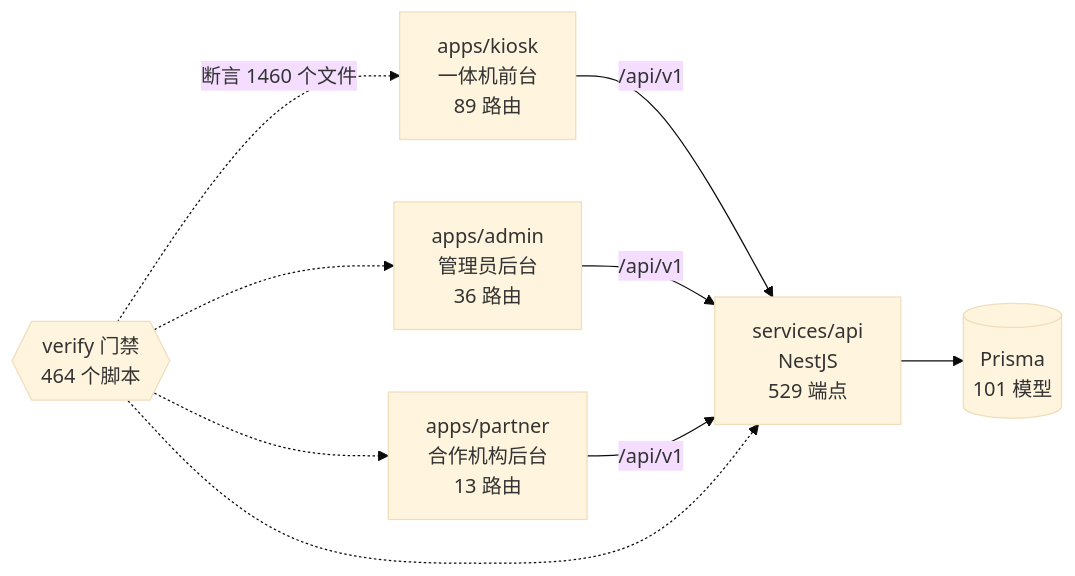
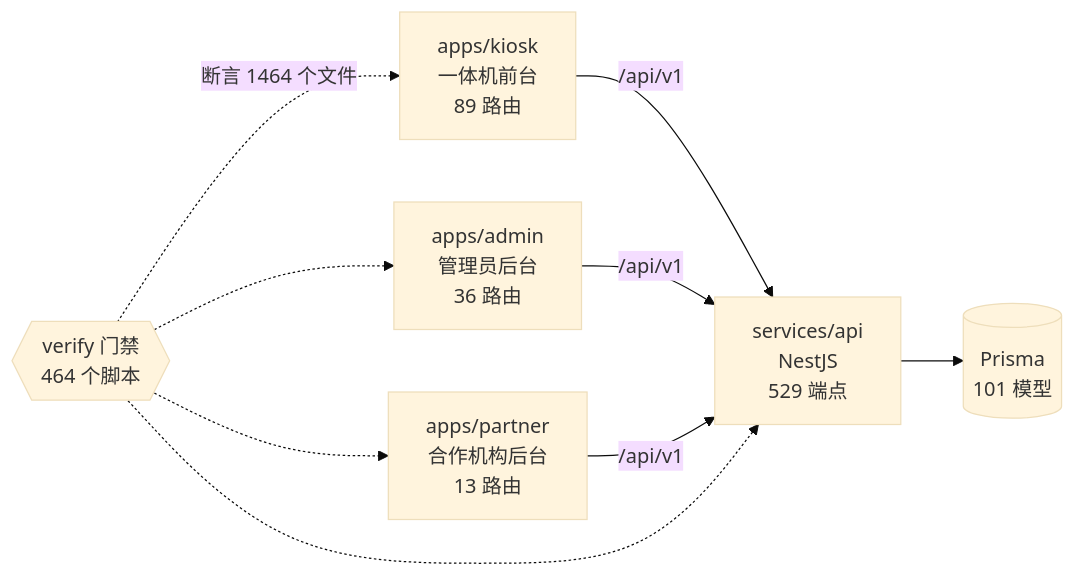
One commit to wanglei581/YITIJI changed the diagram in docs/graph/README.md. Above: the diagram before and after it, drawn with Mermaid (base theme). The commit also changed other lines of this file and 4 other files, not shown here.

````diff
--- a/docs/graph/README.md
+++ b/docs/graph/README.md
@@ -68,18 +68,18 @@
 ```mermaid
 flowchart LR
   kiosk["apps/kiosk<br/>一体机前台<br/>89 路由"]
   admin["apps/admin<br/>管理员后台<br/>36 路由"]
   partner["apps/partner<br/>合作机构后台<br/>13 路由"]
   api["services/api<br/>NestJS<br/>529 端点"]
   db[("Prisma<br/>101 模型")]
   gates{{"verify 门禁<br/>464 个脚本"}}
 
   kiosk -->|"/api/v1"| api
   admin -->|"/api/v1"| api
   partner -->|"/api/v1"| api
   api --> db
-  gates -.->|"断言 1460 个文件"| kiosk
+  gates -.->|"断言 1464 个文件"| kiosk
   gates -.-> admin
   gates -.-> partner
   gates -.-> api
 ```
````
